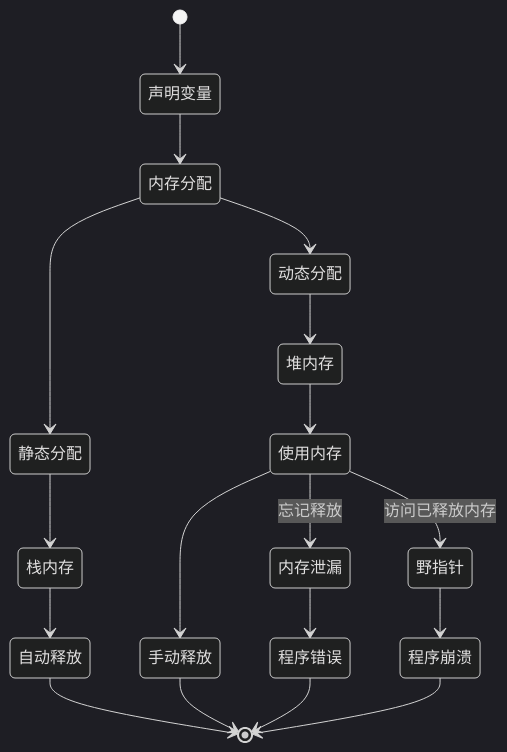
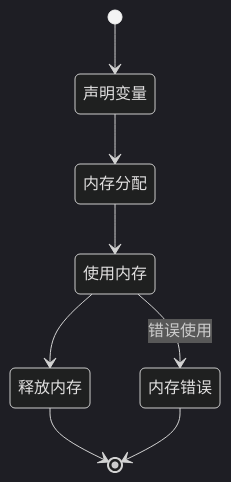
The fifth of 15 diagrams in README.md (hulu798/C-Notes), drawn with Mermaid (dark theme) before and after one commit. The commit also changed other lines of this file, not shown here.

````diff
--- a/README.md
+++ b/README.md
@@ -291,24 +231,11 @@
 ```mermaid
 stateDiagram-v2
     [*] --> 声明变量
     声明变量 --> 内存分配
-    内存分配 --> 静态分配
-    内存分配 --> 动态分配
+    内存分配 --> 使用内存
+    使用内存 --> 释放内存
+    释放内存 --> [*]
     
-    静态分配 --> 栈内存
-    栈内存 --> 自动释放
-    自动释放 --> [*]
-    
-    动态分配 --> 堆内存
-    堆内存 --> 使用内存
-    使用内存 --> 手动释放
-    手动释放 --> [*]
-    
-    使用内存 --> 内存泄漏 : 忘记释放
-    内存泄漏 --> 程序错误
-    程序错误 --> [*]
-    
-    使用内存 --> 野指针 : 访问已释放内存
-    野指针 --> 程序崩溃
-    程序崩溃 --> [*]
+    使用内存 --> 内存错误 : 错误使用
+    内存错误 --> [*]
 ```
````
